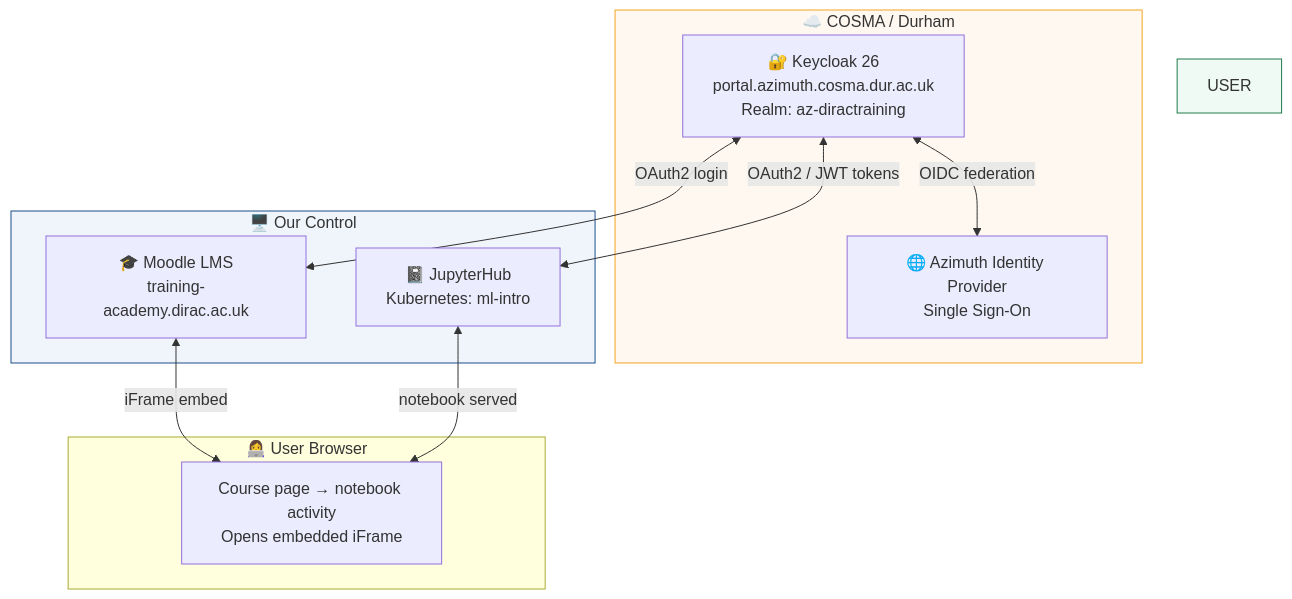
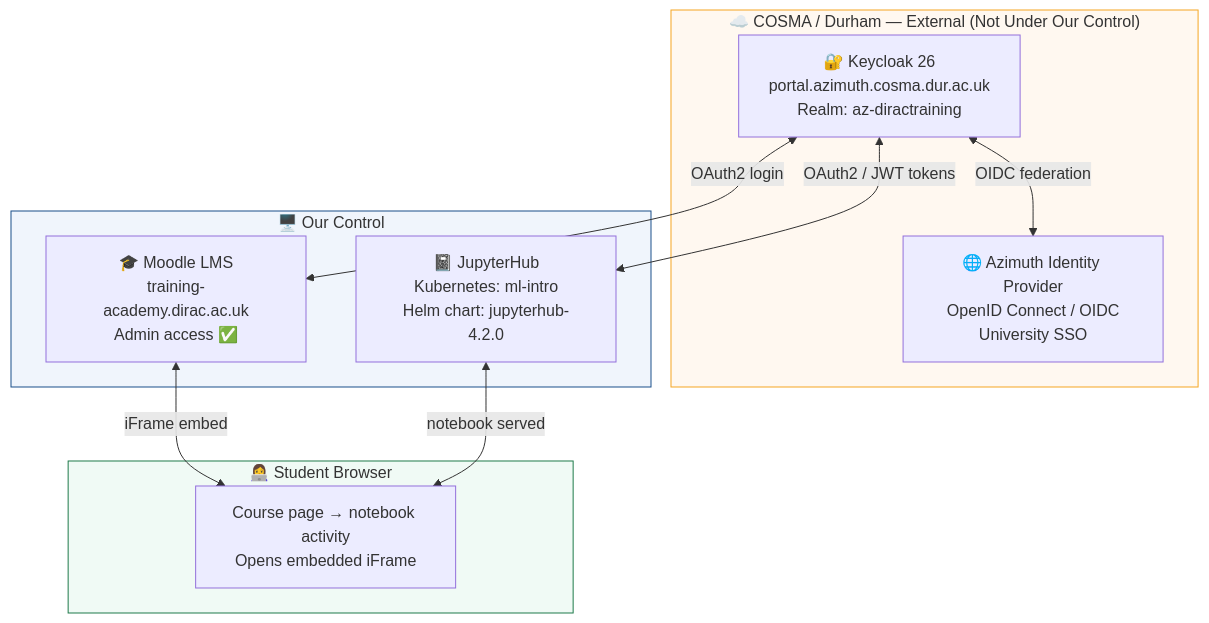
Before and after one commit to gokmenkilic/ML-Intro: the diagram in moodle_jupyterhub.md, drawn with Mermaid. The commit also changed other lines of this file, not shown here.

````diff
--- a/moodle_jupyterhub.md
+++ b/moodle_jupyterhub.md
@@ -32,26 +32,26 @@
 ```mermaid
 graph TD
-    subgraph COSMA["☁️ COSMA / Durham"]
+    subgraph COSMA["☁️ COSMA / Durham  —  External (Not Under Our Control)"]
         KC["🔐 Keycloak 26<br/>portal.azimuth.cosma.dur.ac.uk<br/>Realm: az-diractraining"]
-        AZ["🌐 Azimuth Identity Provider<br/>Single Sign-On"]
+        AZ["🌐 Azimuth Identity Provider<br/>OpenID Connect / OIDC<br/>University SSO"]
         KC <-->|"OIDC federation"| AZ
     end
 
     subgraph OURS["🖥️ Our Control"]
-        ML["📓 JupyterHub<br/>Kubernetes: ml-intro<br/>"]
-        MO["🎓 Moodle LMS<br/>training-academy.dirac.ac.uk<br/>"]
+        ML["📓 JupyterHub<br/>Kubernetes: ml-intro<br/>Helm chart: jupyterhub-4.2.0"]
+        MO["🎓 Moodle LMS<br/>training-academy.dirac.ac.uk<br/>Admin access ✅"]
     end
 
-    subgraph USERS["👩‍💻 User Browser"]
+    subgraph STUDENT["👩‍💻 Student Browser"]
         BR["Course page → notebook activity<br/>Opens embedded iFrame"]
     end
 
     KC <-->|"OAuth2 / JWT tokens"| ML
     KC <-->|"OAuth2 login"| MO
     MO <-->|"iFrame embed"| BR
     ML <-->|"notebook served"| BR
 
     style COSMA fill:#fff8f0,stroke:#f5a623
     style OURS fill:#f0f5fc,stroke:#1a4f8a
-    style USER fill:#f0faf5,stroke:#1e7a4a
+    style STUDENT fill:#f0faf5,stroke:#1e7a4a
 ```
````
